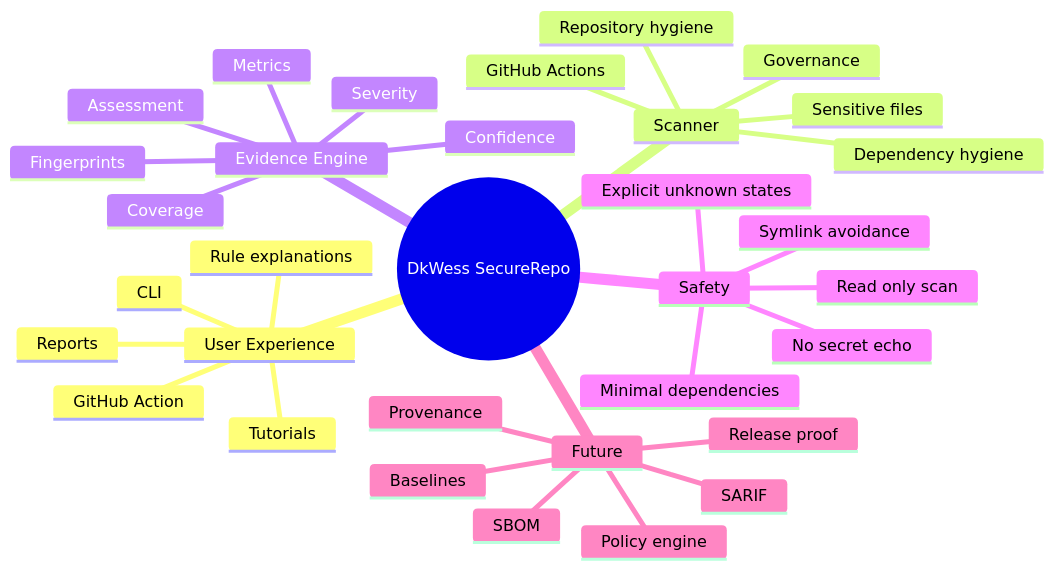
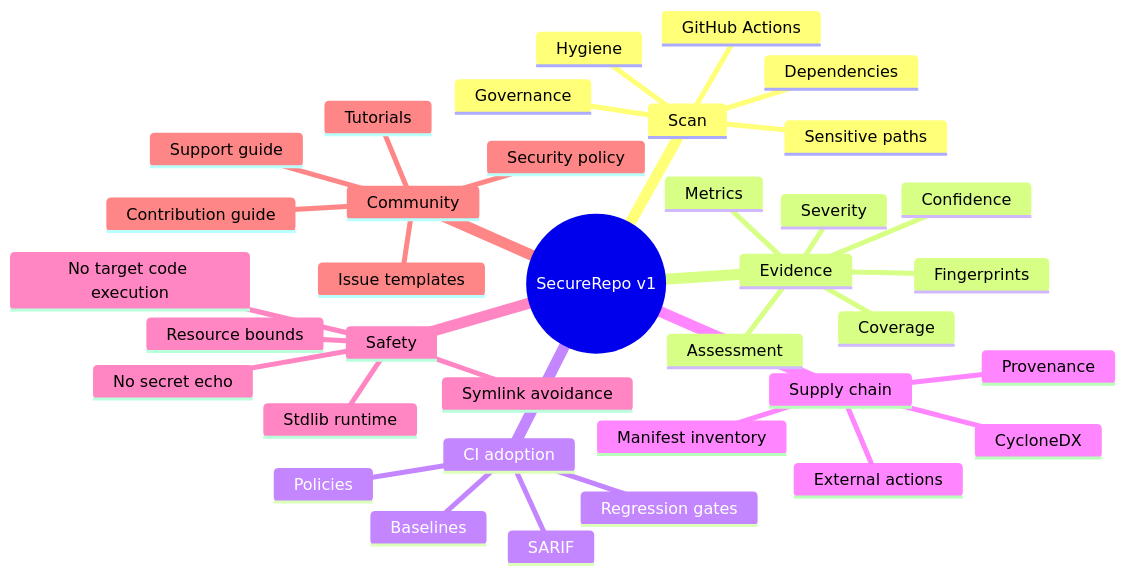
Before and after one commit to DKWesley13/DkWess: the second of 2 diagrams in README.md, drawn with Mermaid. The commit also changed other lines of this file and 13 other files, not shown here.

First line of the commit message:
feat: complete SecureRepo technical v1.0.0

````diff
--- a/README.md
+++ b/README.md
@@ -255,36 +263,39 @@
 ```mermaid
 mindmap
-  root((DkWess SecureRepo))
-    User Experience
-      CLI
-      Tutorials
-      Rule explanations
-      Reports
-      GitHub Action
-    Scanner
+  root((SecureRepo v1))
+    Scan
       Governance
-      Repository hygiene
-      Sensitive files
-      Dependency hygiene
+      Hygiene
+      Sensitive paths
+      Dependencies
       GitHub Actions
-    Evidence Engine
-      Assessment
-      Coverage
+    Evidence
       Severity
       Confidence
       Fingerprints
+      Assessment
+      Coverage
       Metrics
+    CI adoption
+      Baselines
+      Regression gates
+      Policies
+      SARIF
+    Supply chain
+      Manifest inventory
+      External actions
+      Provenance
+      CycloneDX
     Safety
-      Read only scan
+      No target code execution
       No secret echo
       Symlink avoidance
-      Minimal dependencies
-      Explicit unknown states
-    Future
-      Baselines
-      SARIF
-      SBOM
-      Provenance
-      Policy engine
-      Release proof
+      Resource bounds
+      Stdlib runtime
+    Community
+      Tutorials
+      Security policy
+      Contribution guide
+      Issue templates
+      Support guide
 ```
````
